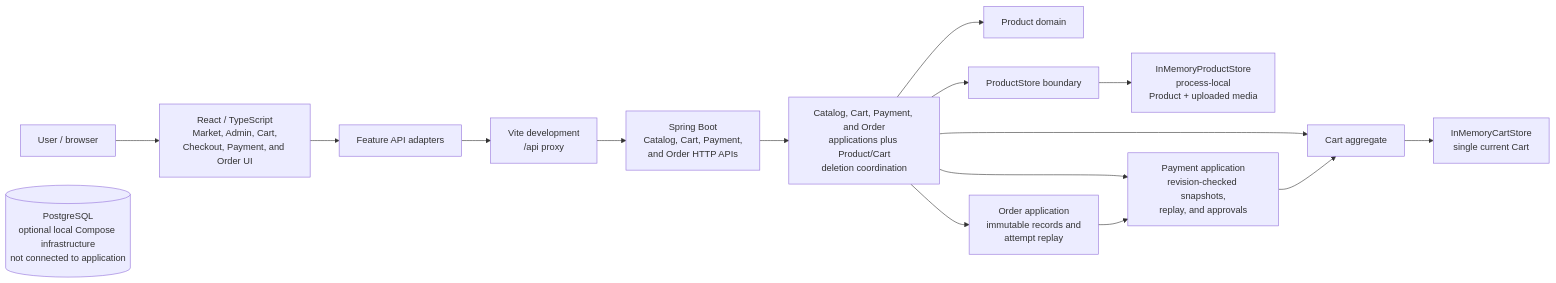
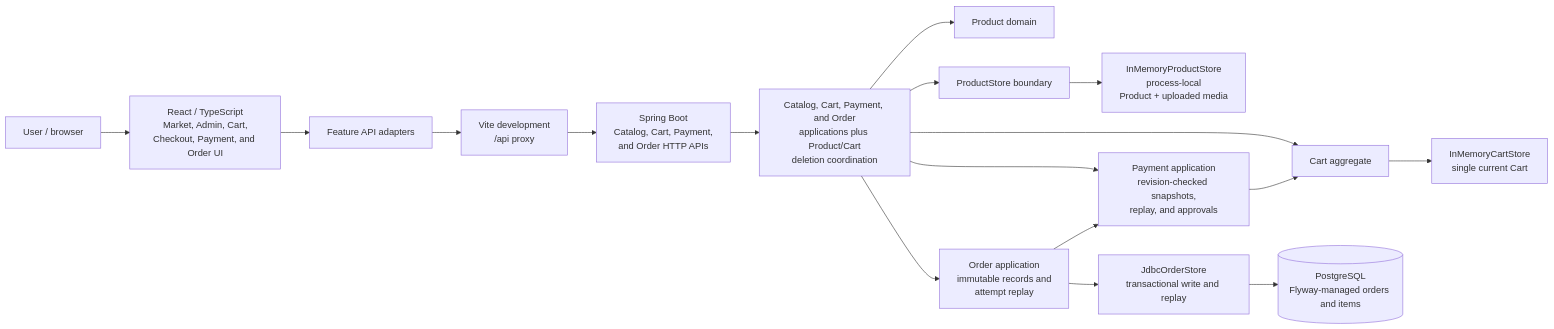
The first of 2 diagrams in README.md (Samska/samska-sandbox), drawn with Mermaid before and after one commit. The commit also changed other lines of this file and 46 other files, not shown here.

First line of the commit message:
SS-049 — Persist Orders and items in PostgreSQL (#96)

````diff
--- a/README.md
+++ b/README.md
@@ -69,19 +71,19 @@
 ```mermaid
 flowchart LR
     User[User / browser] --> UI[React / TypeScript<br/>Market, Admin, Cart,<br/>Checkout, Payment, and Order UI]
     UI --> Adapter[Feature API adapters]
     Adapter --> Proxy[Vite development<br/>/api proxy]
     Proxy --> HTTP[Spring Boot<br/>Catalog, Cart, Payment,<br/>and Order HTTP APIs]
     HTTP --> App[Catalog, Cart, Payment, and Order<br/>applications plus Product/Cart<br/>deletion coordination]
     App --> Domain[Product domain]
     App --> Store[ProductStore boundary]
     Store --> Memory[InMemoryProductStore<br/>process-local<br/>Product + uploaded media]
     App --> Cart[Cart aggregate]
     Cart --> CartMemory[InMemoryCartStore<br/>single current Cart]
     App --> Payment[Payment application<br/>revision-checked snapshots,<br/>replay, and approvals]
     Payment --> Cart
     App --> Order[Order application<br/>immutable records and<br/>attempt replay]
     Order --> Payment
-
-    Postgres[(PostgreSQL<br/>optional local Compose infrastructure<br/>not connected to application)]
+    Order --> Jdbc[JdbcOrderStore<br/>transactional write and replay]
+    Jdbc --> Postgres[(PostgreSQL<br/>Flyway-managed orders and items)]
 ```
````
